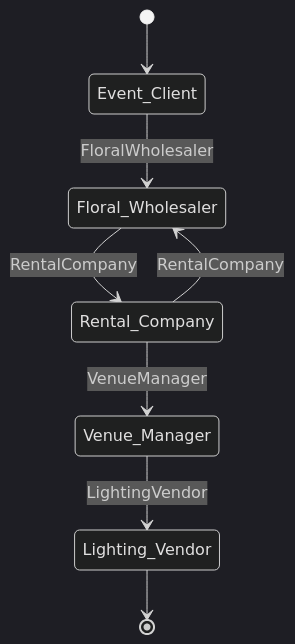
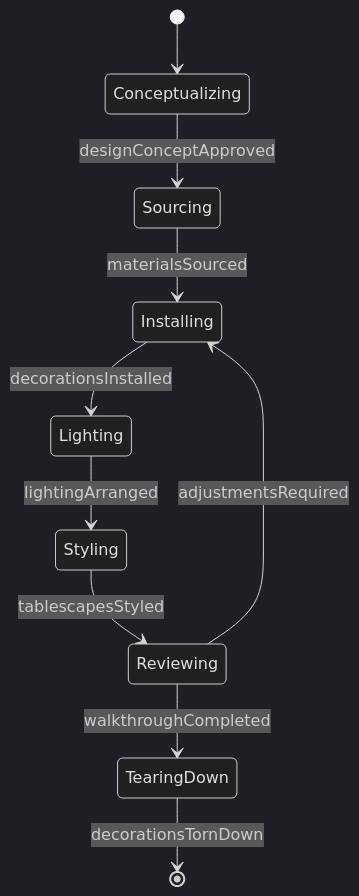
Before and after one commit to dot-org-ai/tasks.org.ai: the second of 4 diagrams in HandlingAndMovingObjects/ArrangeDisplaysOrDecorations/DecorateIndoorOutdoorSpaces.mdx, drawn with Mermaid (dark theme). The commit also changed other lines of this file and 515 other files, not shown here.

````diff
--- a/HandlingAndMovingObjects/ArrangeDisplaysOrDecorations/DecorateIndoorOutdoorSpaces.mdx
+++ b/HandlingAndMovingObjects/ArrangeDisplaysOrDecorations/DecorateIndoorOutdoorSpaces.mdx
@@ -98,10 +97,12 @@
 ```mermaid
 stateDiagram-v2
-    [*] --> Event_Client
-    Event_Client --> Floral_Wholesaler: FloralWholesaler
-    Floral_Wholesaler --> Rental_Company: RentalCompany
-    Rental_Company --> Venue_Manager: VenueManager
-    Venue_Manager --> Lighting_Vendor: LightingVendor
-    Rental_Company --> Floral_Wholesaler: RentalCompany
-    Lighting_Vendor --> [*]
+    [*] --> Conceptualizing
+    Conceptualizing --> Sourcing : designConceptApproved
+    Sourcing --> Installing : materialsSourced
+    Installing --> Lighting : decorationsInstalled
+    Lighting --> Styling : lightingArranged
+    Styling --> Reviewing : tablescapesStyled
+    Reviewing --> TearingDown : walkthroughCompleted
+    Reviewing --> Installing : adjustmentsRequired
+    TearingDown --> [*] : decorationsTornDown
 ```
````
